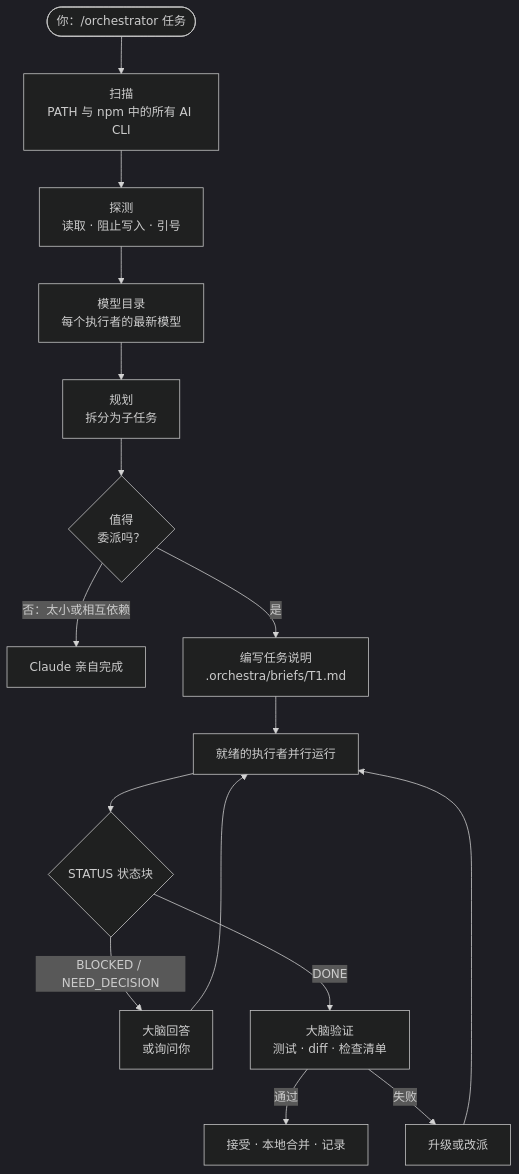
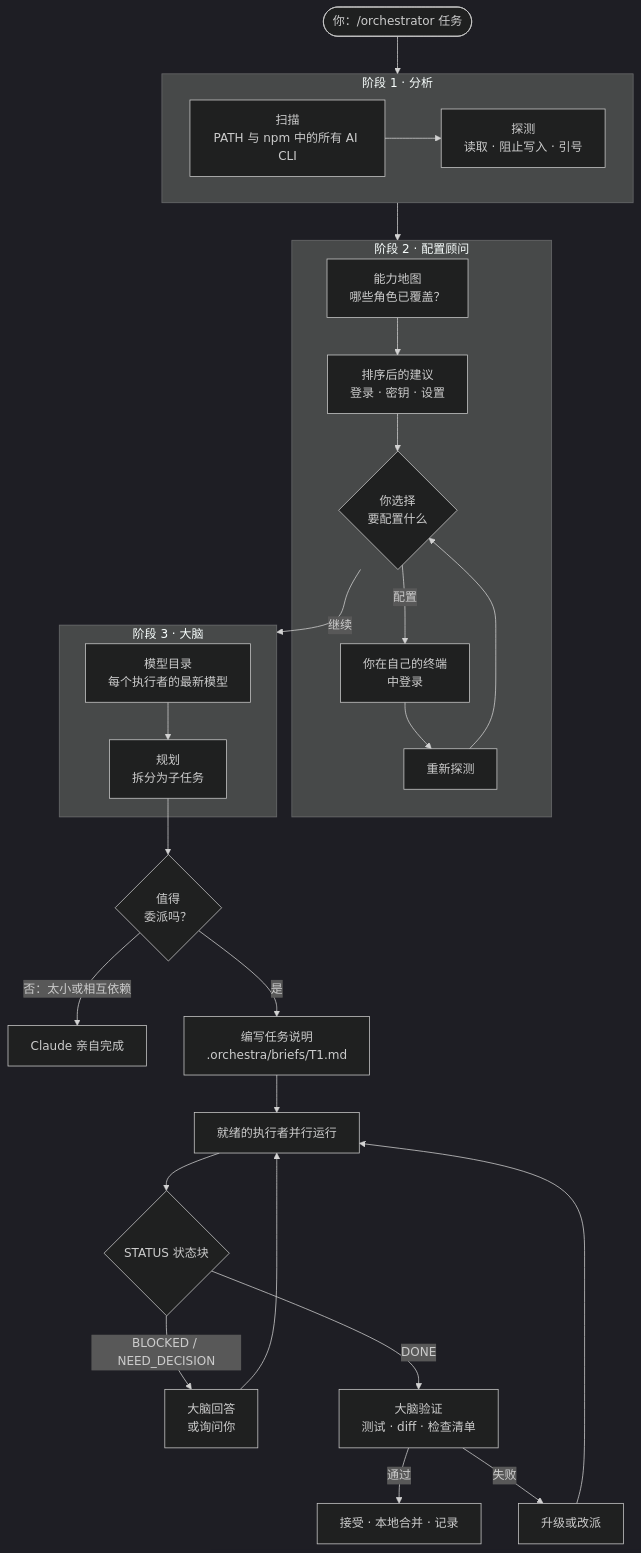
Before and after one commit to yoelkh/orkestraku: the first of 3 diagrams in README.zh-CN.md, drawn with Mermaid (dark theme). The commit also changed other lines of this file and 6 other files, not shown here.

````diff
--- a/README.zh-CN.md
+++ b/README.zh-CN.md
@@ -59,16 +62,26 @@
 ```mermaid
 flowchart TD
-    U(["你：/orchestrator 任务"]) --> SC["扫描<br/>PATH 与 npm 中的所有 AI CLI"]
-    SC --> PR["探测<br/>读取 · 阻止写入 · 引号"]
-    PR --> CAT["模型目录<br/>每个执行者的最新模型"]
-    CAT --> PL["规划<br/>拆分为子任务"]
+    U(["你：/orchestrator 任务"]) --> P1
+    subgraph P1["阶段 1 · 分析"]
+        SC["扫描<br/>PATH 与 npm 中的所有 AI CLI"] --> PR["探测<br/>读取 · 阻止写入 · 引号"]
+    end
+    P1 --> P2
+    subgraph P2["阶段 2 · 配置顾问"]
+        MAP["能力地图<br/>哪些角色已覆盖？"] --> REC["排序后的建议<br/>登录 · 密钥 · 设置"]
+        REC --> ASK{"你选择<br/>要配置什么"}
+        ASK -- "配置" --> DO["你在自己的终端<br/>中登录"] --> RE["重新探测"] --> ASK
+    end
+    ASK -- "继续" --> P3
+    subgraph P3["阶段 3 · 大脑"]
+        CAT["模型目录<br/>每个执行者的最新模型"] --> PL["规划<br/>拆分为子任务"]
+    end
     PL --> D{"值得<br/>委派吗？"}
     D -- "否：太小或相互依赖" --> SELF["Claude 亲自完成"]
     D -- 是 --> B["编写任务说明<br/>.orchestra/briefs/T1.md"]
     B --> W["就绪的执行者并行运行"]
     W --> S{"STATUS 状态块"}
     S -- "BLOCKED / NEED_DECISION" --> A["大脑回答<br/>或询问你"] --> W
     S -- DONE --> V["大脑验证<br/>测试 · diff · 检查清单"]
     V -- 通过 --> M["接受 · 本地合并 · 记录"]
     V -- 失败 --> E["升级或改派"] --> W
 ```
````
